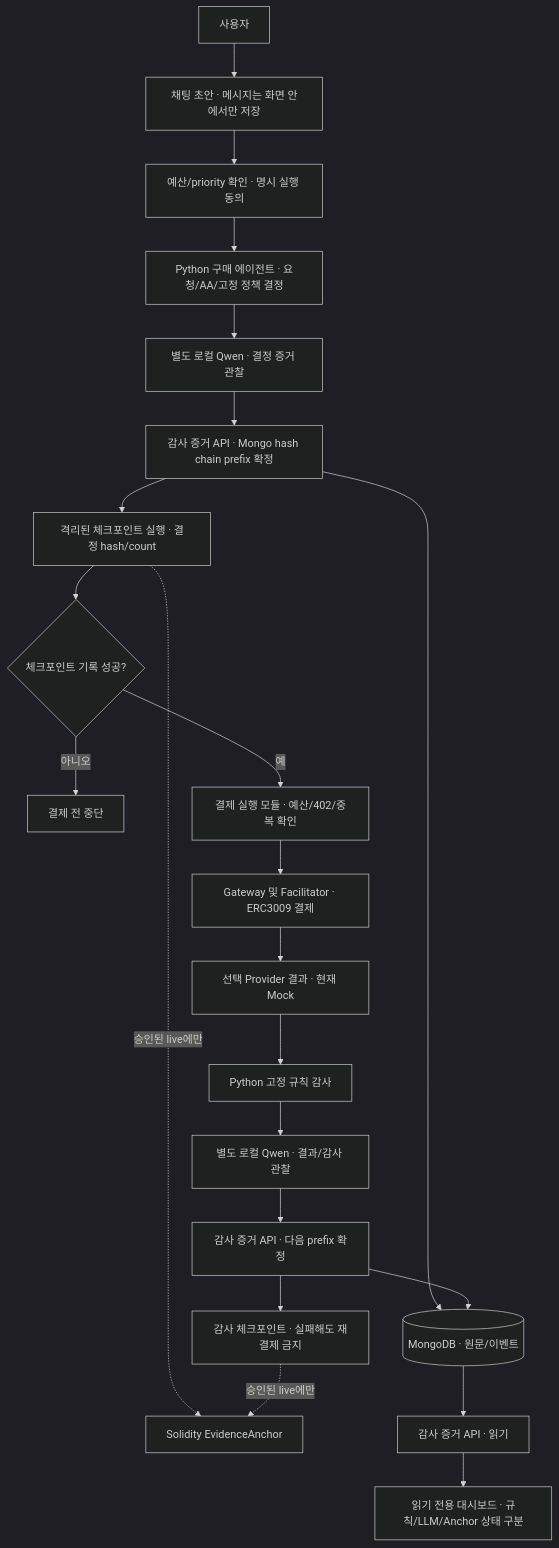
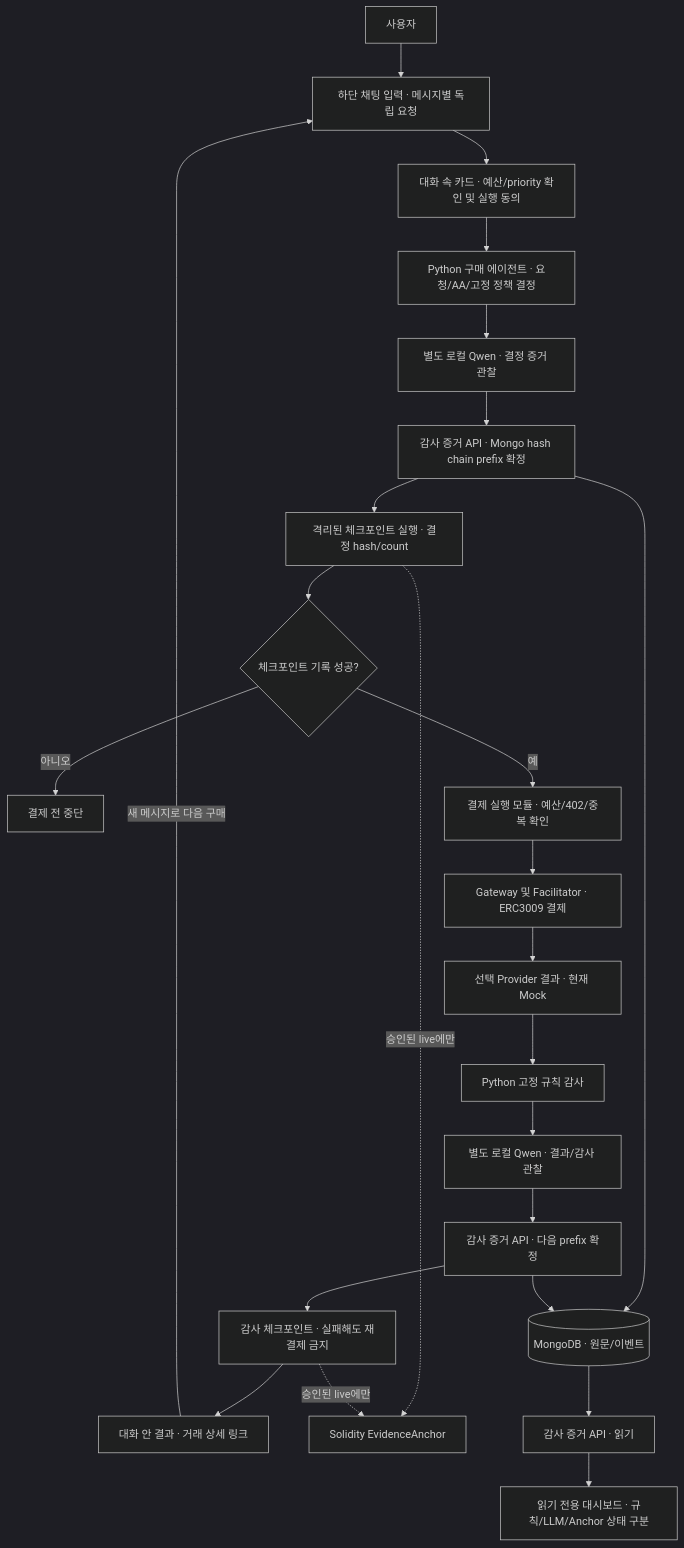
Before and after one commit to codenameVien/ai-agent-payment-audit: the first of 4 diagrams in docs/AEGIS_ARCHITECTURE.md, drawn with Mermaid (dark theme). The commit also changed 18 other files, not shown here.

````diff
--- a/docs/AEGIS_ARCHITECTURE.md
+++ b/docs/AEGIS_ARCHITECTURE.md
@@ -5,24 +5,26 @@
 ```mermaid
 flowchart TD
-  U[사용자] --> CHAT[채팅 초안 · 메시지는 화면 안에서만 저장]
-  CHAT --> CONSENT[예산/priority 확인 · 명시 실행 동의]
+  U[사용자] --> CHAT[하단 채팅 입력 · 메시지별 독립 요청]
+  CHAT --> CONSENT[대화 속 카드 · 예산/priority 확인 및 실행 동의]
   CONSENT --> BUY[Python 구매 에이전트 · 요청/AA/고정 정책 결정]
   BUY --> O1[별도 로컬 Qwen · 결정 증거 관찰]
   O1 --> E1[감사 증거 API · Mongo hash chain prefix 확정]
   E1 --> A1[격리된 체크포인트 실행 · 결정 hash/count]
   A1 --> CHECK{체크포인트 기록 성공?}
   CHECK -->|아니오| STOP[결제 전 중단]
   CHECK -->|예| PAY[결제 실행 모듈 · 예산/402/중복 확인]
   PAY --> F[Gateway 및 Facilitator · ERC3009 결제]
   F --> OUT[선택 Provider 결과 · 현재 Mock]
   OUT --> AUD[Python 고정 규칙 감사]
   AUD --> O2[별도 로컬 Qwen · 결과/감사 관찰]
   O2 --> E2[감사 증거 API · 다음 prefix 확정]
   E2 --> A2[감사 체크포인트 · 실패해도 재결제 금지]
+  A2 --> RESULT[대화 안 결과 · 거래 상세 링크]
+  RESULT -->|새 메시지로 다음 구매| CHAT
   A1 -. 승인된 live에만 .-> SOL[Solidity EvidenceAnchor]
   A2 -. 승인된 live에만 .-> SOL
   E1 --> M[(MongoDB · 원문/이벤트)]
   E2 --> M
   M --> API[감사 증거 API · 읽기]
   API --> DASH[읽기 전용 대시보드 · 규칙/LLM/Anchor 상태 구분]
 ```
````
